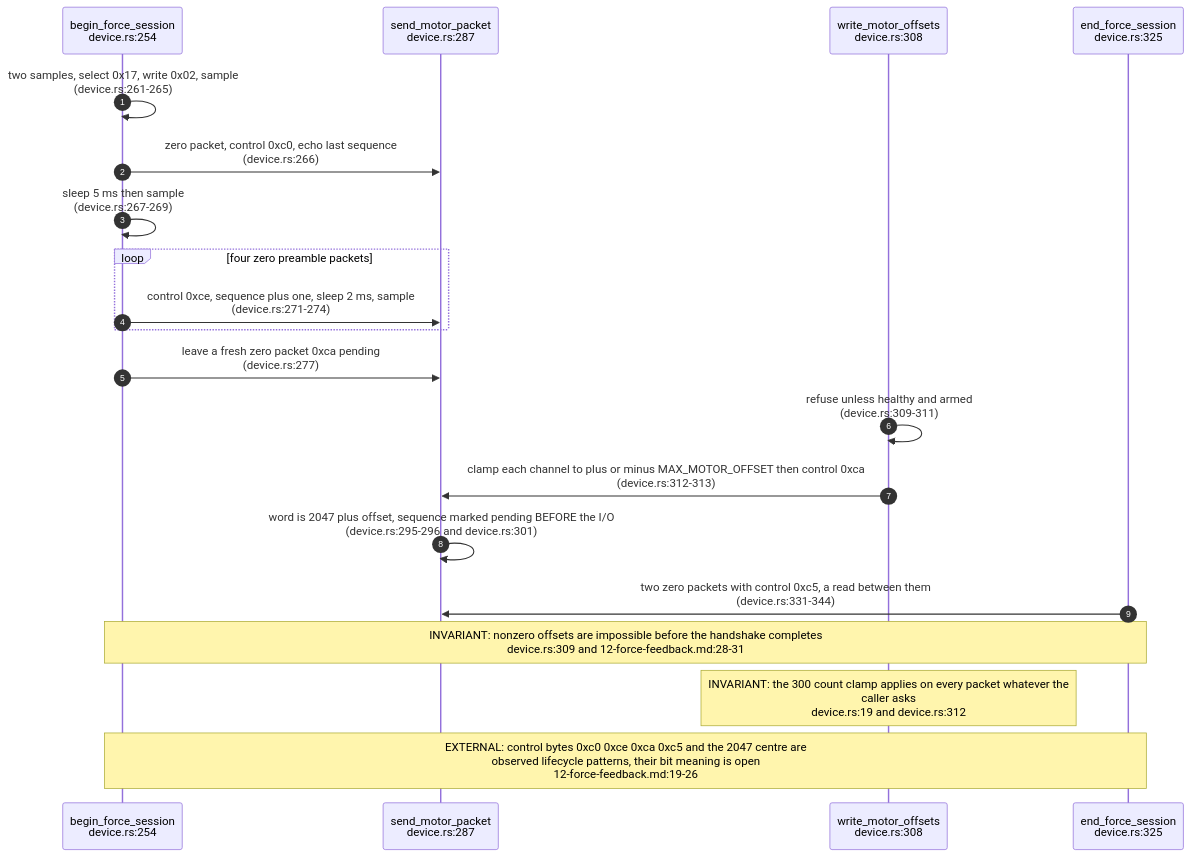
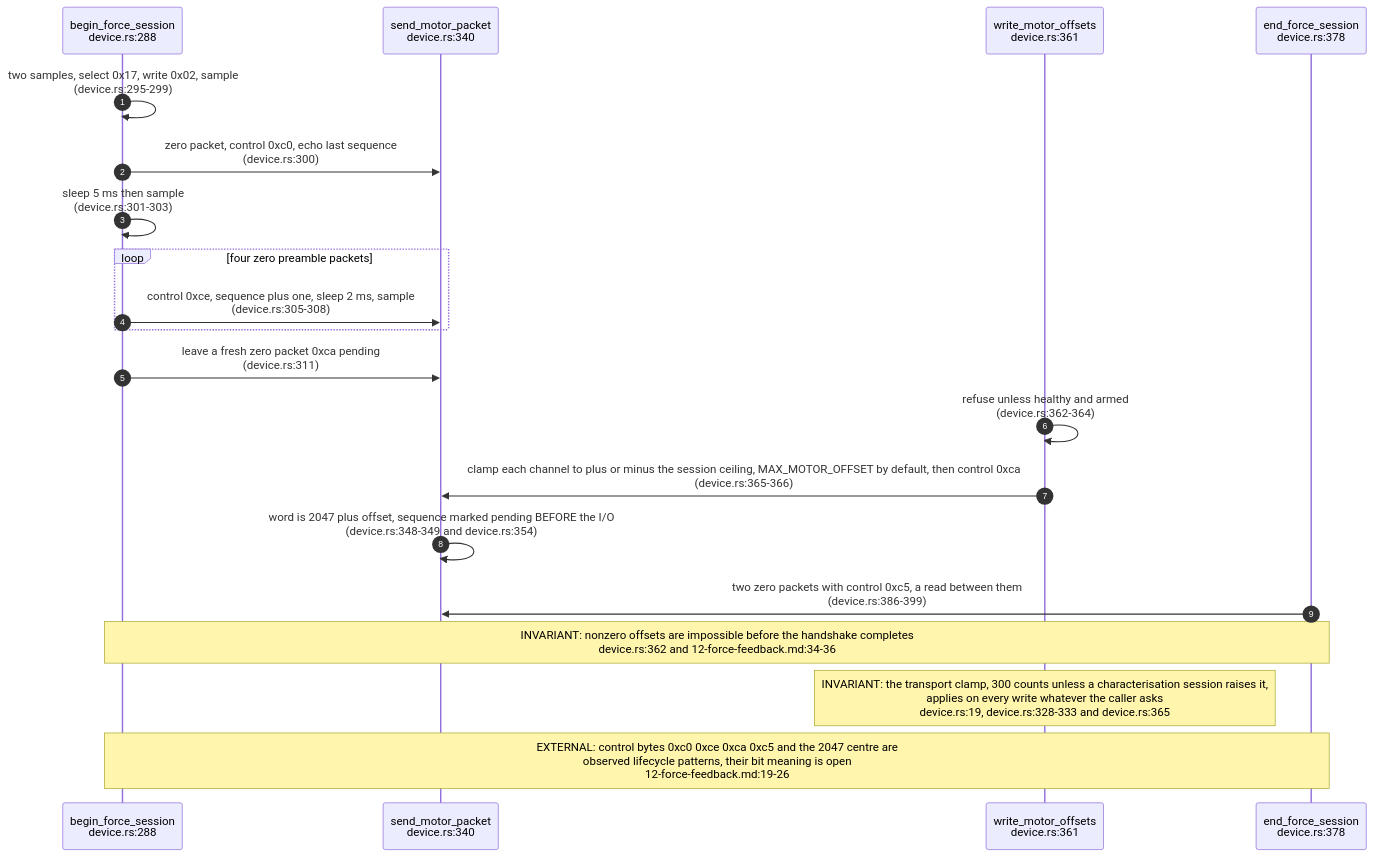
The fourth of 5 diagrams in docs/diagrams/visiontouch-rs/02-transport-software-epp-and-force-session.md (DreamLab-AI/VisionFlow), drawn with Mermaid before and after one commit. The commit also changed other lines of this file and 36 other files, not shown here.

First line of the commit message:
docs(diagrams): re-derive and re-stamp agentbox, dream-engine, visioncraft, visiontouch and vowl topics; drop LAN addresses

````diff
--- a/docs/diagrams/visiontouch-rs/02-transport-software-epp-and-force-session.md
+++ b/docs/diagrams/visiontouch-rs/02-transport-software-epp-and-force-session.md
@@ -101,22 +101,22 @@
 ```mermaid
 sequenceDiagram
     autonumber
-    participant BG as begin_force_session<br/>device.rs:254
-    participant SP as send_motor_packet<br/>device.rs:287
-    participant WR as write_motor_offsets<br/>device.rs:308
-    participant EN as end_force_session<br/>device.rs:325
-    BG->>BG: two samples, select 0x17, write 0x02, sample<br/>(device.rs:261-265)
-    BG->>SP: zero packet, control 0xc0, echo last sequence<br/>(device.rs:266)
-    BG->>BG: sleep 5 ms then sample<br/>(device.rs:267-269)
+    participant BG as begin_force_session<br/>device.rs:288
+    participant SP as send_motor_packet<br/>device.rs:340
+    participant WR as write_motor_offsets<br/>device.rs:361
+    participant EN as end_force_session<br/>device.rs:378
+    BG->>BG: two samples, select 0x17, write 0x02, sample<br/>(device.rs:295-299)
+    BG->>SP: zero packet, control 0xc0, echo last sequence<br/>(device.rs:300)
+    BG->>BG: sleep 5 ms then sample<br/>(device.rs:301-303)
     loop four zero preamble packets
-        BG->>SP: control 0xce, sequence plus one, sleep 2 ms, sample<br/>(device.rs:271-274)
+        BG->>SP: control 0xce, sequence plus one, sleep 2 ms, sample<br/>(device.rs:305-308)
     end
-    BG->>SP: leave a fresh zero packet 0xca pending<br/>(device.rs:277)
-    WR->>WR: refuse unless healthy and armed<br/>(device.rs:309-311)
-    WR->>SP: clamp each channel to plus or minus MAX_MOTOR_OFFSET then control 0xca<br/>(device.rs:312-313)
-    SP->>SP: word is 2047 plus offset, sequence marked pending BEFORE the I/O<br/>(device.rs:295-296 and device.rs:301)
-    EN->>SP: two zero packets with control 0xc5, a read between them<br/>(device.rs:331-344)
-    Note over BG,EN: INVARIANT: nonzero offsets are impossible before the handshake completes<br/>device.rs:309 and 12-force-feedback.md:28-31
-    Note over WR: INVARIANT: the 300 count clamp applies on every packet whatever the<br/>caller asks<br/>device.rs:19 and device.rs:312
+    BG->>SP: leave a fresh zero packet 0xca pending<br/>(device.rs:311)
+    WR->>WR: refuse unless healthy and armed<br/>(device.rs:362-364)
+    WR->>SP: clamp each channel to plus or minus the session ceiling, MAX_MOTOR_OFFSET by default, then control 0xca<br/>(device.rs:365-366)
+    SP->>SP: word is 2047 plus offset, sequence marked pending BEFORE the I/O<br/>(device.rs:348-349 and device.rs:354)
+    EN->>SP: two zero packets with control 0xc5, a read between them<br/>(device.rs:386-399)
+    Note over BG,EN: INVARIANT: nonzero offsets are impossible before the handshake completes<br/>device.rs:362 and 12-force-feedback.md:34-36
+    Note over WR: INVARIANT: the transport clamp, 300 counts unless a characterisation session raises it,<br/>applies on every write whatever the caller asks<br/>device.rs:19, device.rs:328-333 and device.rs:365
     Note over BG,EN: EXTERNAL: control bytes 0xc0 0xce 0xca 0xc5 and the 2047 centre are<br/>observed lifecycle patterns, their bit meaning is open<br/>12-force-feedback.md:19-26
 ```
````
